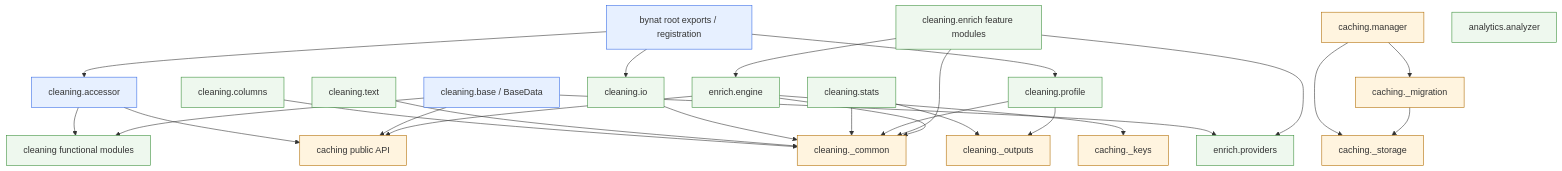
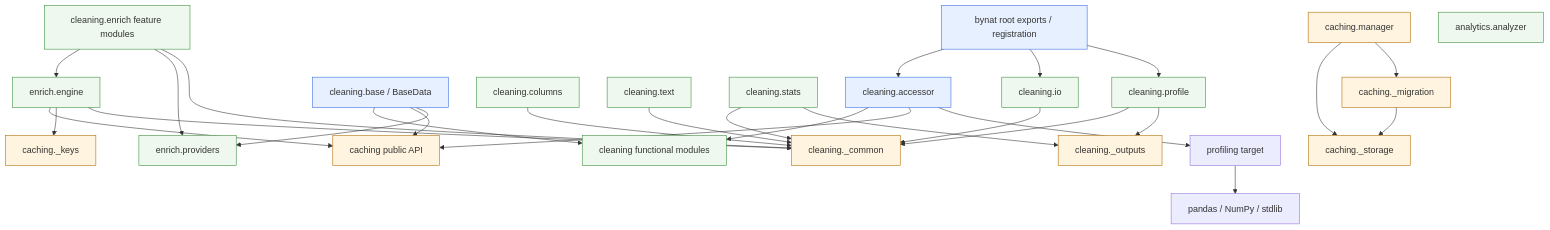
Before and after one commit to bynat-lab/bynat: the second of 3 diagrams in docs/ARCHITECTURE_RESEARCH.md, drawn with Mermaid. The commit also changed other lines of this file and 1 other file, not shown here.

First line of the commit message:
Add architecture refactoring plan for bynat

````diff
--- a/docs/ARCHITECTURE_RESEARCH.md
+++ b/docs/ARCHITECTURE_RESEARCH.md
@@ -317,40 +422,42 @@
 ```mermaid
 flowchart TD
     Root["bynat root exports / registration"] --> Accessor["cleaning.accessor"]
     Root --> IO["cleaning.io"]
     Root --> Profile["cleaning.profile"]
 
     Accessor --> CleaningFns["cleaning functional modules"]
     Accessor --> Cache["caching public API"]
     Base["cleaning.base / BaseData"] --> CleaningFns
     Base --> Cache
     Base --> Providers["enrich.providers"]
 
     Columns["cleaning.columns"] --> Common["cleaning._common"]
     Text["cleaning.text"] --> Common
     IO --> Common
     Stats["cleaning.stats"] --> Common
     Stats --> Outputs["cleaning._outputs"]
     Profile --> Common
     Profile --> Outputs
 
     Enrich["cleaning.enrich feature modules"] --> Engine["enrich.engine"]
     Enrich --> Providers
     Enrich --> Common
     Engine --> Cache
     Engine --> CacheKeys["caching._keys"]
     Engine --> Common
 
     Manager["caching.manager"] --> Storage["caching._storage"]
     Manager --> Migration["caching._migration"]
     Migration --> Storage
 
     Analytics["analytics.analyzer"]
+    Profiling["profiling target"] --> Pandas["pandas / NumPy / stdlib"]
+    Accessor --> Profiling
 
     classDef facade fill:#e7f0ff,stroke:#356ae6;
     classDef domain fill:#eef8ee,stroke:#3a8f3a;
     classDef infra fill:#fff4df,stroke:#b06b00;
     class Accessor,Base,Root facade;
     class CleaningFns,Columns,Text,IO,Stats,Profile,Enrich,Engine,Providers,Analytics domain;
     class Cache,CacheKeys,Manager,Storage,Migration,Common,Outputs infra;
 ```
````
